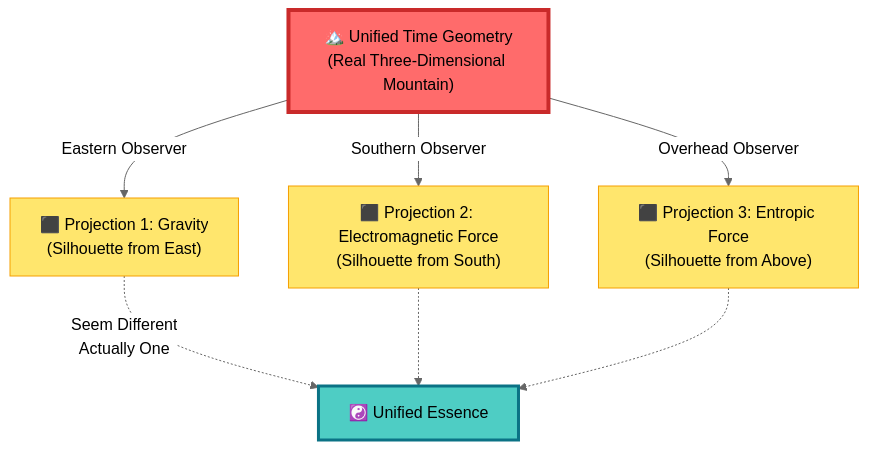
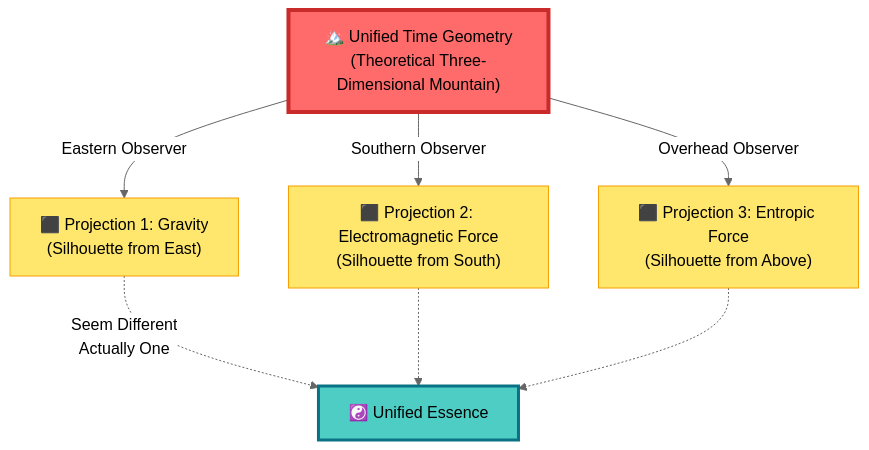
The first of 14 diagrams in docs/euler-article/gls-union/05-unified-time/09-time-geometry-interaction_en.md (loning/zeckendorf-hilbert), drawn with Mermaid (neutral theme) before and after one commit. The commit also changed other lines of this file and 111 other files, not shown here.

````diff
--- a/docs/euler-article/gls-union/05-unified-time/09-time-geometry-interaction_en.md
+++ b/docs/euler-article/gls-union/05-unified-time/09-time-geometry-interaction_en.md
@@ -21,22 +21,22 @@
 ```mermaid
 graph TB
-    Mountain["🏔️ Unified Time Geometry<br/>(Real Three-Dimensional Mountain)"]
+    Mountain["🏔️ Unified Time Geometry<br/>(Theoretical Three-Dimensional Mountain)"]
 
     Shadow1["⬛ Projection 1: Gravity<br/>(Silhouette from East)"]
     Shadow2["⬛ Projection 2: Electromagnetic Force<br/>(Silhouette from South)"]
     Shadow3["⬛ Projection 3: Entropic Force<br/>(Silhouette from Above)"]
 
     Mountain -->|Eastern Observer| Shadow1
     Mountain -->|Southern Observer| Shadow2
     Mountain -->|Overhead Observer| Shadow3
 
     Shadow1 -.->|"Seem Different<br/>Actually One"| Unity["☯️ Unified Essence"]
     Shadow2 -.-> Unity
     Shadow3 -.-> Unity
 
     style Mountain fill:#ff6b6b,stroke:#c92a2a,stroke-width:4px
     style Unity fill:#4ecdc4,stroke:#0b7285,stroke-width:3px
     style Shadow1 fill:#ffe66d,stroke:#f59f00
     style Shadow2 fill:#ffe66d,stroke:#f59f00
     style Shadow3 fill:#ffe66d,stroke:#f59f00
 ```
````
